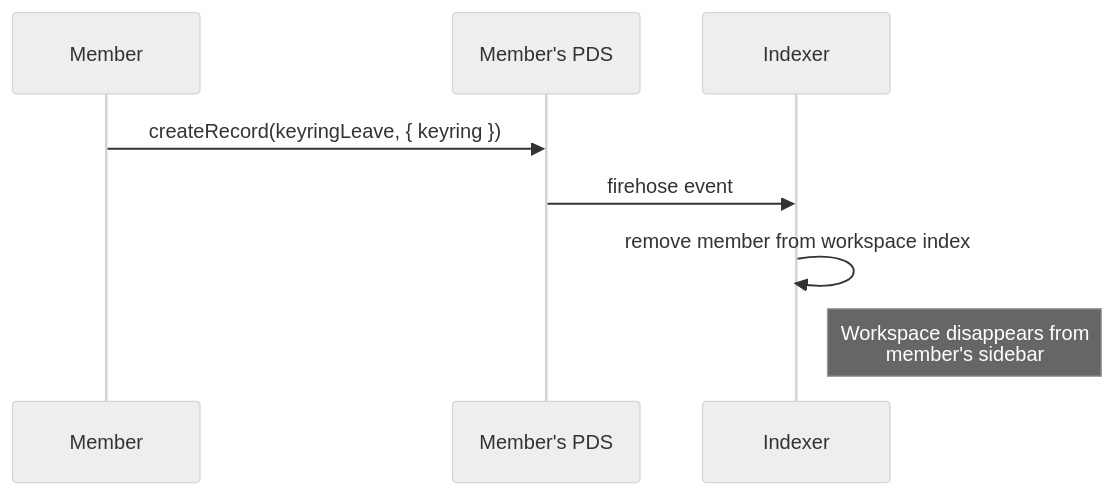
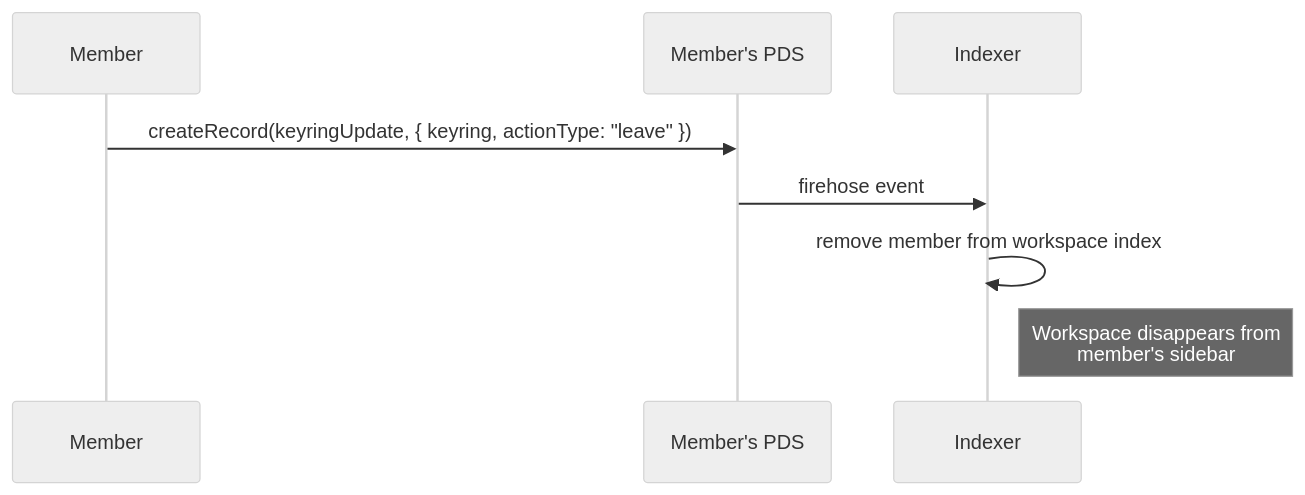
One commit to Sans-Self/Opake changed the fourth of 5 diagrams in lexicons/README.md. Above: the diagram before and after it, drawn with Mermaid (neutral theme). The commit also changed other lines of this file and 14 other files, not shown here.

````diff
--- a/lexicons/README.md
+++ b/lexicons/README.md
@@ -139,11 +138,11 @@
 ```mermaid
 sequenceDiagram
     participant Member
     participant MemberPDS as Member's PDS
     participant Indexer
 
-    Member->>MemberPDS: createRecord(keyringLeave, { keyring })
+    Member->>MemberPDS: createRecord(keyringUpdate, { keyring, actionType: "leave" })
     MemberPDS->>Indexer: firehose event
     Indexer->>Indexer: remove member from workspace index
     Note right of Indexer: Workspace disappears from<br/>member's sidebar
 ```
````
